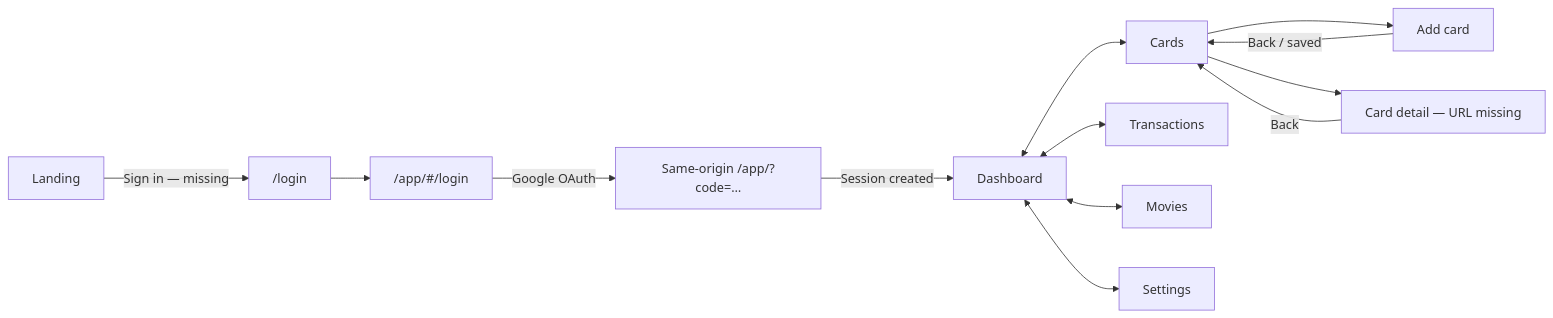
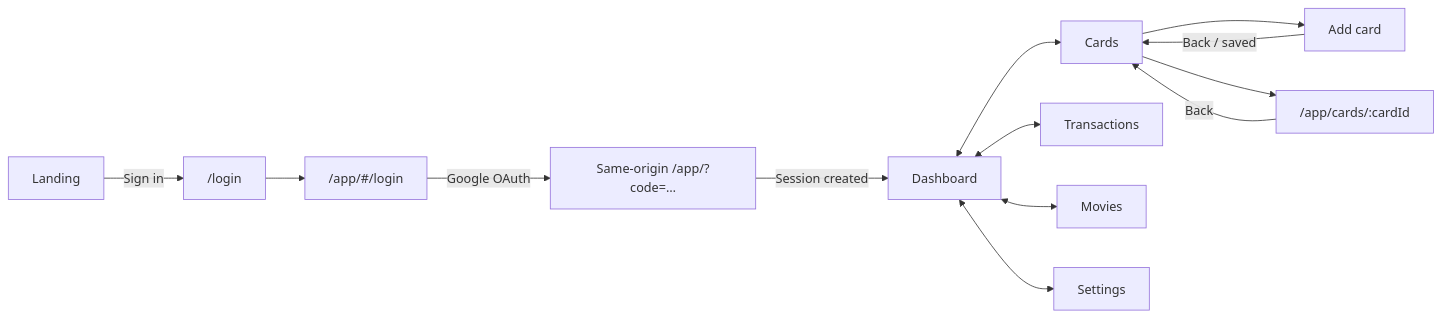
Before and after one commit to shantanuchandra/cardcompass: the diagram in docs/ui-ux-qa-2026-08-16.md, drawn with Mermaid. The commit also changed other lines of this file and 11 other files, not shown here.

````diff
--- a/docs/ui-ux-qa-2026-08-16.md
+++ b/docs/ui-ux-qa-2026-08-16.md
@@ -25,15 +52,15 @@
 ```mermaid
 flowchart LR
-  L["Landing"] -->|"Sign in — missing"| SI["/login"]
+  L["Landing"] -->|"Sign in"| SI["/login"]
   SI --> LG["/app/#/login"]
   LG -->|"Google OAuth"| CB["Same-origin /app/?code=…"]
   CB -->|"Session created"| D["Dashboard"]
   D <--> C["Cards"]
   D <--> T["Transactions"]
   D <--> M["Movies"]
   D <--> S["Settings"]
   C --> AC["Add card"]
   AC -->|"Back / saved"| C
-  C --> CD["Card detail — URL missing"]
+  C --> CD["/app/cards/:cardId"]
   CD -->|"Back"| C
 ```
````
